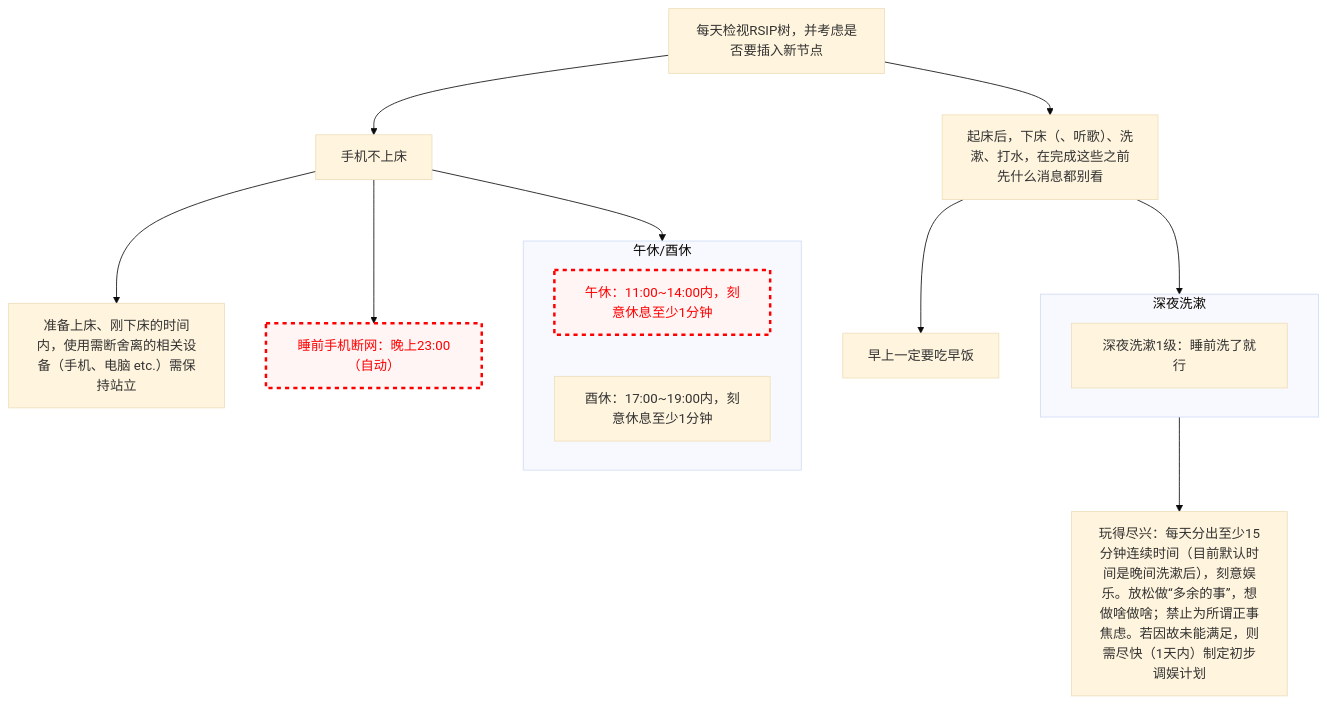
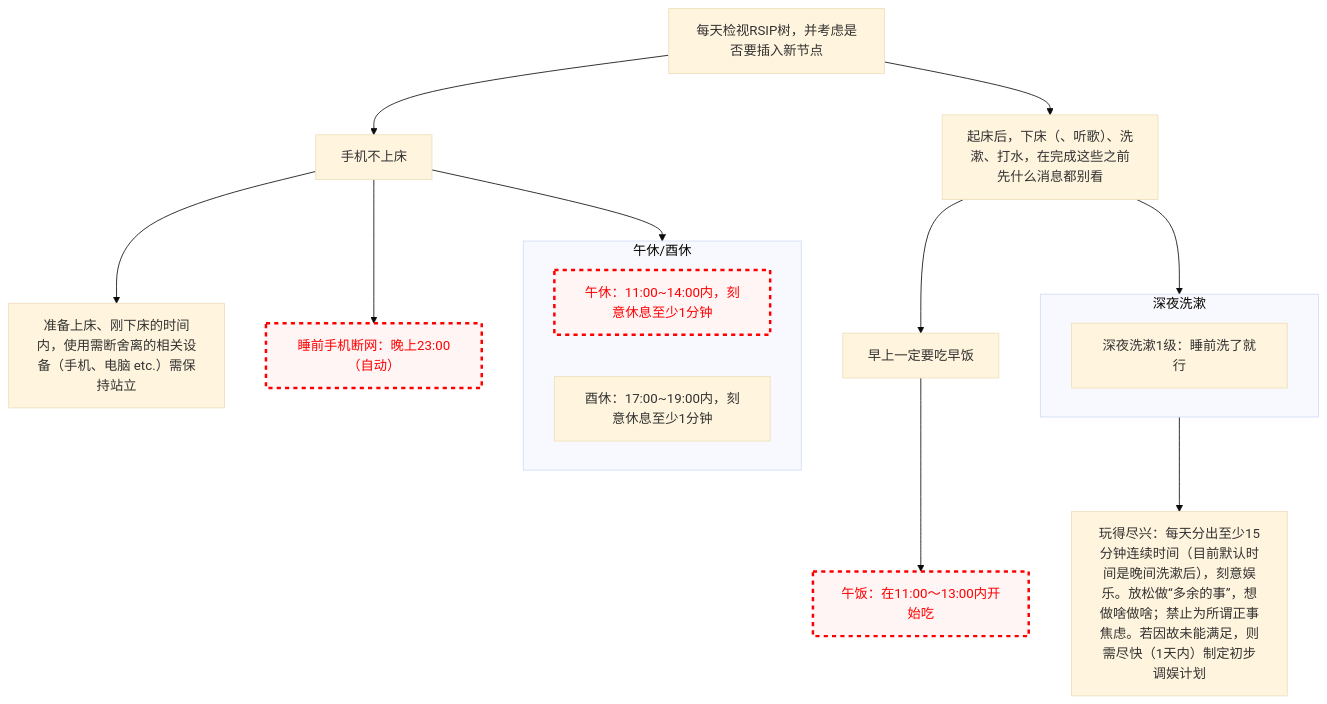
One commit to Ethkuil/RSIP-tree changed the diagram in README.md. Above: the diagram before and after it, drawn with Mermaid (base theme).

Commit message:
insert 午饭[午饭：在11:00～13:00内开始吃]

````diff
--- a/README.md
+++ b/README.md
@@ -11,32 +11,34 @@
 ```mermaid
 graph TD
 
 classDef failed stroke:#ff0000, stroke-width:3px, color:#ff0000, fill:#fff5f5, stroke-dasharray: 5
 
 RSIP[每天检视RSIP树，并考虑是否要插入新节点]
 
 RSIP --> 手机不上床
 手机不上床 --> 站立使用[准备上床、刚下床的时间内，使用需断舍离的相关设备（手机、电脑 etc.）需保持站立]
 
 
 RSIP --> 清晨洗漱
 清晨洗漱[起床后，下床（、听歌）、洗漱、打水，在完成这些之前先什么消息都别看]
 
 清晨洗漱 --> 早饭[早上一定要吃早饭]
+早饭 --> 午饭[午饭：在11:00～13:00内开始吃]
+class 午饭 failed
 
 手机不上床 --> 午休/酉休
 subgraph 午休/酉休
   午休[午休：11:00~14:00内，刻意休息至少1分钟]
   酉休[酉休：17:00~19:00内，刻意休息至少1分钟]
   class 午休 failed
 end
 
 
 清晨洗漱 --> 深夜洗漱
 subgraph 深夜洗漱
   深夜洗漱1级[深夜洗漱1级：睡前洗了就行]
 end
 深夜洗漱 --> 玩得尽兴[玩得尽兴：每天分出至少15分钟连续时间（目前默认时间是晚间洗漱后），刻意娱乐。放松做“多余的事”，想做啥做啥；禁止为所谓正事焦虑。若因故未能满足，则需尽快（1天内）制定初步调娱计划]
 手机不上床 --> 睡前手机断网[睡前手机断网：晚上23:00（自动）]
 class 睡前手机断网 failed
 ```
````
